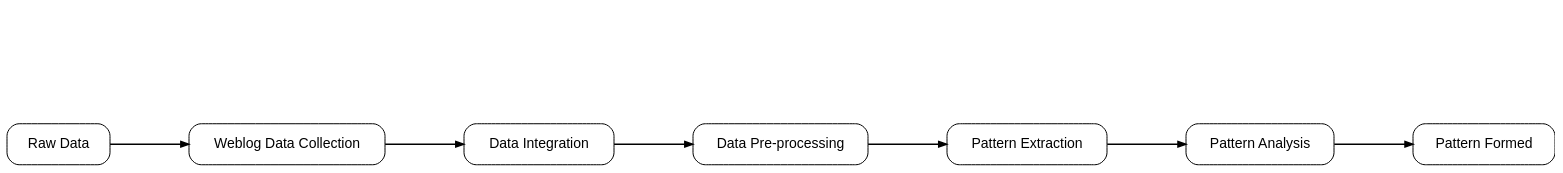
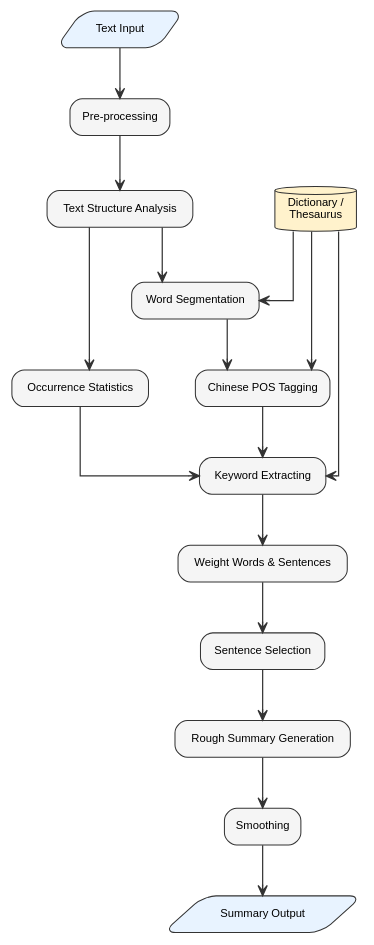
The tenth of 12 diagrams in M1/M01_P2.qmd (BostonAnalytics/AD698-generative-ai-for-BA), drawn with Graphviz before and after one commit. The commit also changed other lines of this file and 18 other files, not shown here.

Commit message:
updated graphs

````diff
--- a/M1/M01_P2.qmd
+++ b/M1/M01_P2.qmd
@@ -821,83 +969,124 @@
 ```{dot}
-digraph Weblog_Mining_Process {
+digraph TextSummarization {
 
-    /* =========================
-       Global settings
-       ========================= */
+  rankdir=TB;
+  splines=ortho;
+  nodesep=0.5;
+  ranksep=0.7;
+  fontname="Helvetica";
+  
+  width=3.5;
+  height=0.9;
+  margin="0.35,0.25";
 
-    rankdir=LR;
-    newrank=true;
-    splines=ortho;
+  node [
+    fontname="Helvetica",
+    fontsize=11,
+    shape=box,
+    style="rounded,filled",
+    fillcolor="#f5f5f5",
+    color="#333333"
+  ];
 
-    graph [
-        fontname="Helvetica"
-        fontsize=14
-        bgcolor="white"
-        pad="0"
-        margin="0"
-        nodesep="0.8"
-        ranksep="1.1"
-    ];
+  edge [
+    arrowhead=vee,
+    color="#333333",
+    penwidth=1.2
+  ];
 
-    node [
-        shape=box
-        style="rounded"
-        fontname="Helvetica"
-        fontsize=14
-        margin="0.25,0.18"
-        color="black"
-    ];
+  /* =========================
+     INPUTS
+     ========================= */
 
-    edge [
-        color="black"
-        penwidth=1.4
-        arrowsize=0.8
-    ];
+  TextInput [
+    label="Text Input",
+    shape=parallelogram,
+    fillcolor="#e8f3ff"
+  ];
 
-    /* =========================
-       Main vertical pipeline
-       ========================= */
+  Dictionary [
+    label="Dictionary /\nThesaurus",
+    shape=cylinder,
+    fillcolor="#fff2cc"
+  ];
 
-    RawData        [ label="Raw Data" ];
-    Collection     [ label="Weblog Data Collection" ];
-    Integration    [ label="Data Integration" ];
-    Preprocessing  [ label="Data Pre-processing" ];
-    Extraction     [ label="Pattern Extraction" ];
-    Analysis       [ label="Pattern Analysis" ];
-    Output         [ label="Pattern Formed" ];
+  /* =========================
+     CORE PIPELINE
+     ========================= */
 
-    RawData -> Collection;
-    Collection -> Integration;
-    Integration -> Preprocessing;
-    Preprocessing -> Extraction;
-    Extraction -> Analysis;
-    Analysis -> Output;
+  Preprocess [
+    label="Pre-processing"
+  ];
 
-    /* =========================
-       Invisible anchors for braces
-       ========================= */
+  StructureAnalysis [
+    label="Text Structure Analysis"
+  ];
 
-    pre_top  [ shape=point width=0 label="" ];
-    pre_bot  [ shape=point width=0 label="" ];
+  WordSegmentation [
+    label="Word Segmentation"
+  ];
 
-    disc_top [ shape=point width=0 label="" ];
-    disc_bot [ shape=point width=0 label="" ];
+  OccurrenceStats [
+    label="Occurrence Statistics"
+  ];
 
-    anal_top [ shape=point width=0 label="" ];
-    anal_bot [ shape=point width=0 label="" ];
+  POSTagging [
+    label="Chinese POS Tagging"
+  ];
 
-    /* =========================
-       Rank alignment
-       ========================= */
+  KeywordExtract [
+    label="Keyword Extracting"
+  ];
 
-    { rank=same; Integration; pre_top; }
-    { rank=same; Preprocessing; pre_bot; }
+  Weighting [
+    label="Weight Words & Sentences"
+  ];
 
-    { rank=same; Extraction; disc_top; }
-    { rank=same; Analysis; disc_bot; }
+  SentenceSelection [
+    label="Sentence Selection"
+  ];
 
-    { rank=same; Analysis; anal_top; }
-    { rank=same; Output; anal_bot; }
+  RoughSummary [
+    label="Rough Summary Generation"
+  ];
+
+  Smoothing [
+    label="Smoothing"
+  ];
+
+  SummaryOutput [
+    label="Summary Output",
+    shape=parallelogram,
+    fillcolor="#e8f3ff"
+  ];
+
+  /* =========================
+     MAIN FLOW
+     ========================= */
+
+  TextInput -> Preprocess;
+  Preprocess -> StructureAnalysis;
+
+  StructureAnalysis -> WordSegmentation;
+  StructureAnalysis -> OccurrenceStats;
+
+  WordSegmentation -> POSTagging;
+  POSTagging -> KeywordExtract;
+  OccurrenceStats -> KeywordExtract;
+
+  KeywordExtract -> Weighting;
+  Weighting -> SentenceSelection;
+  SentenceSelection -> RoughSummary;
+  RoughSummary -> Smoothing;
+  Smoothing -> SummaryOutput;
+
+  /* =========================
+     KNOWLEDGE BASE LINKS
+     ========================= */
+
+  Dictionary -> WordSegmentation;
+  Dictionary -> POSTagging;
+  Dictionary -> KeywordExtract;
 
 }
 
````
